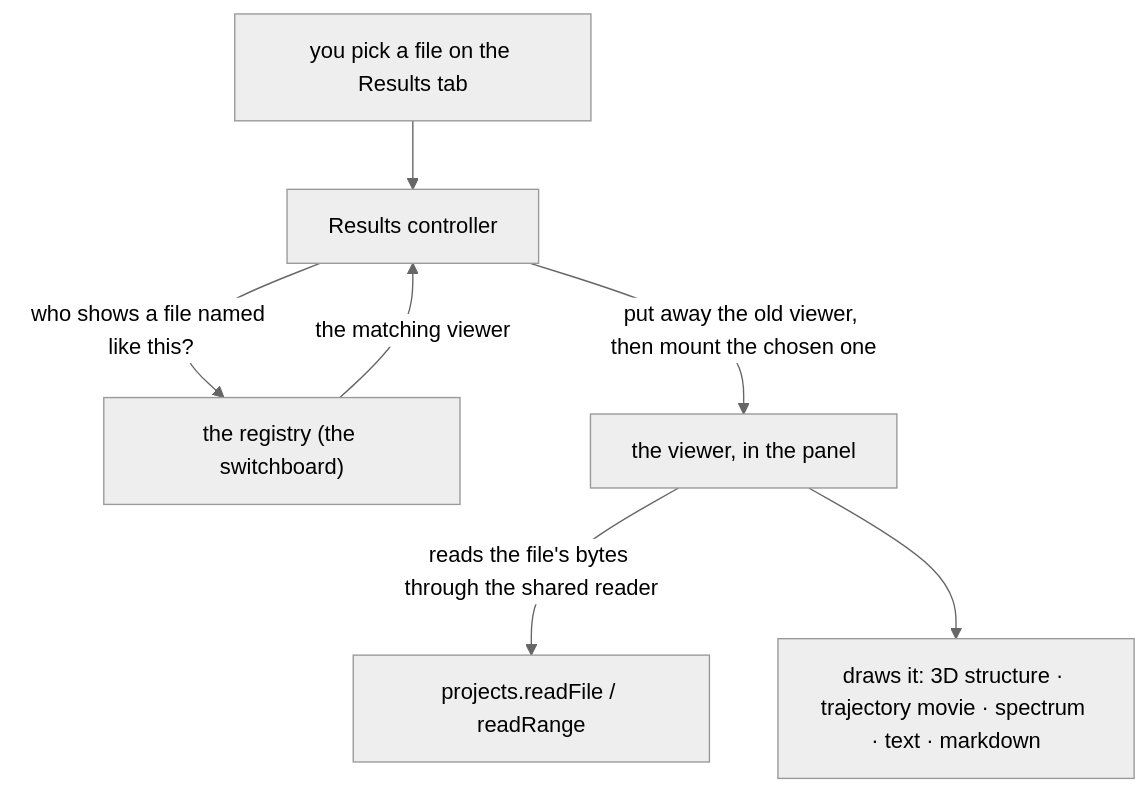
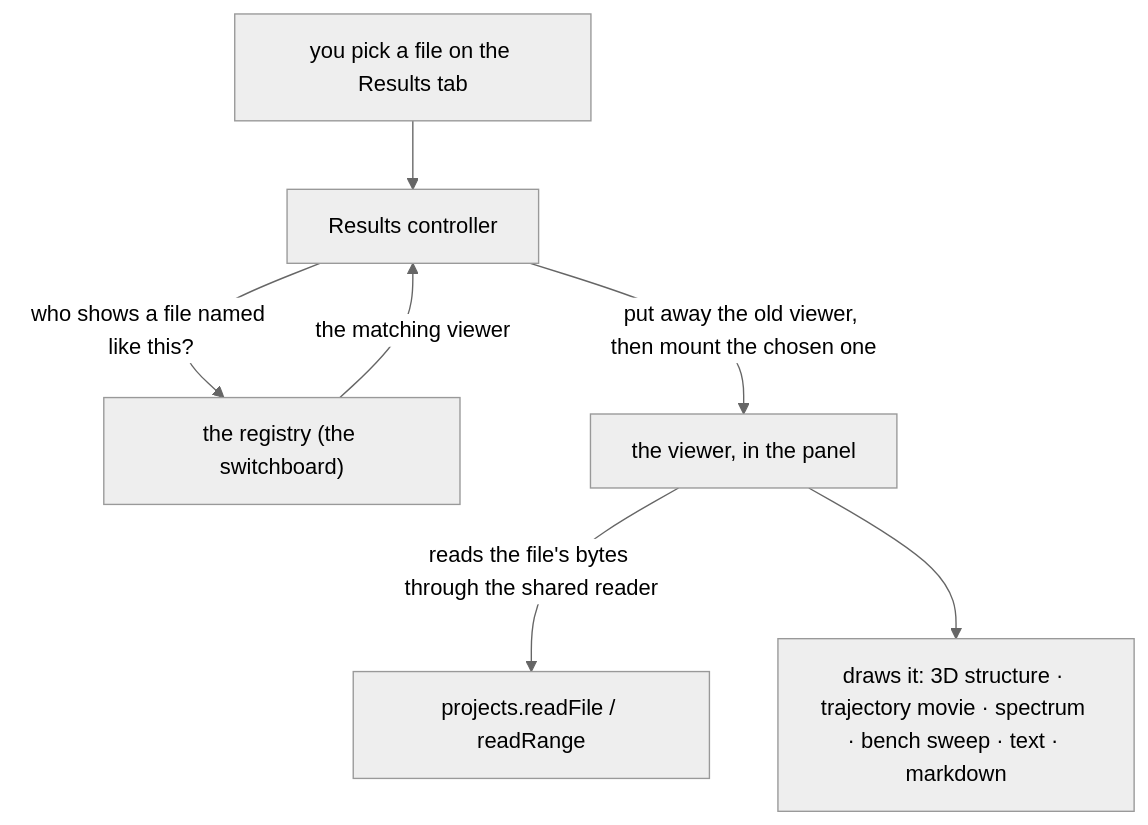
The diagram in docs/web/presenters.md (Qing-LAB/molbuilder), drawn with Mermaid (neutral theme) before and after one commit. The commit also changed other lines of this file and 36 other files, not shown here.

````diff
--- a/docs/web/presenters.md
+++ b/docs/web/presenters.md
@@ -84,9 +116,9 @@
 ```mermaid
 flowchart TB
     U["you pick a file on the Results tab"] --> CTRL["Results controller"]
     CTRL -->|"who shows a file named like this?"| REG["the registry (the switchboard)"]
     REG -->|"the matching viewer"| CTRL
     CTRL -->|"put away the old viewer, then mount the chosen one"| PANEL["the viewer, in the panel"]
     PANEL -->|"reads the file's bytes through the shared reader"| PROJ["projects.readFile / readRange"]
-    PANEL --> OUT["draws it: 3D structure · trajectory movie · spectrum · text · markdown"]
+    PANEL --> OUT["draws it: 3D structure · trajectory movie · spectrum · bench sweep · text · markdown"]
 ```
````
